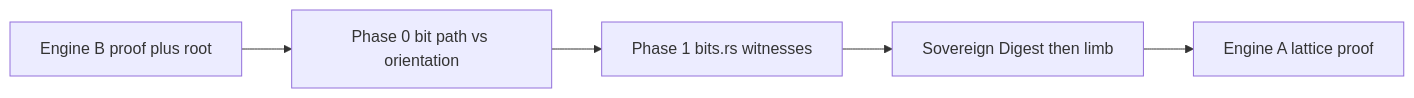
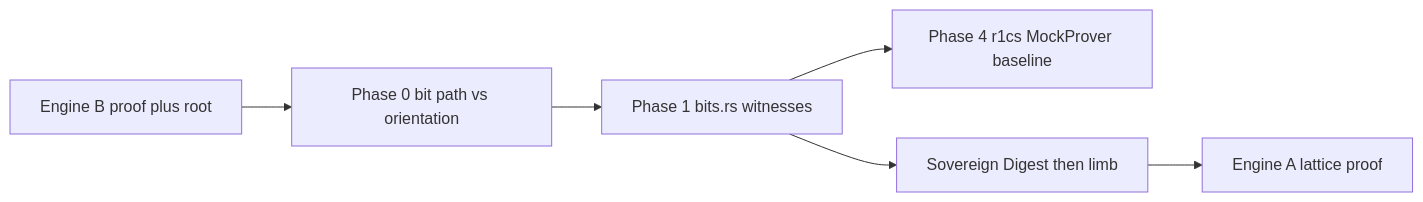
Before and after one commit to peavey2787/qssm-rs: the diagram in docs/blake3-lattice-gadget-rust-plan.md, drawn with Mermaid. The commit also changed other lines of this file and 2 other files, not shown here.

First line of the commit message:
feat(r1cs): implement Phase 4 IR & MockProver cost-tracking

````diff
--- a/docs/blake3-lattice-gadget-rust-plan.md
+++ b/docs/blake3-lattice-gadget-rust-plan.md
@@ -94,9 +95,11 @@
 ```mermaid
 flowchart LR
   MS[Engine B proof plus root]
   P0[Phase 0 bit path vs orientation]
   Bits[Phase 1 bits.rs witnesses]
+  R4[Phase 4 r1cs MockProver baseline]
   SD[Sovereign Digest then limb]
   LE[Engine A lattice proof]
   MS --> P0 --> Bits --> SD --> LE
+  Bits --> R4
 ```
````
